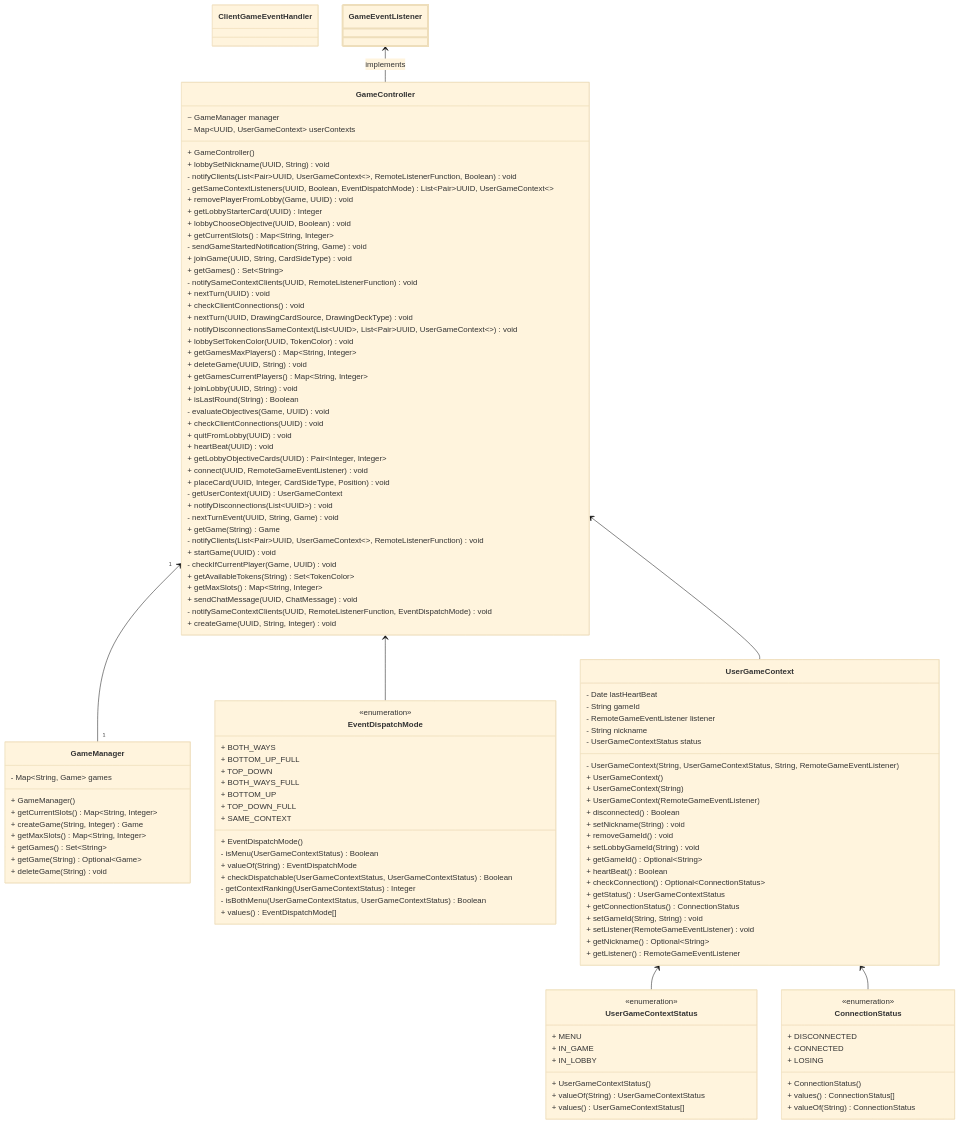
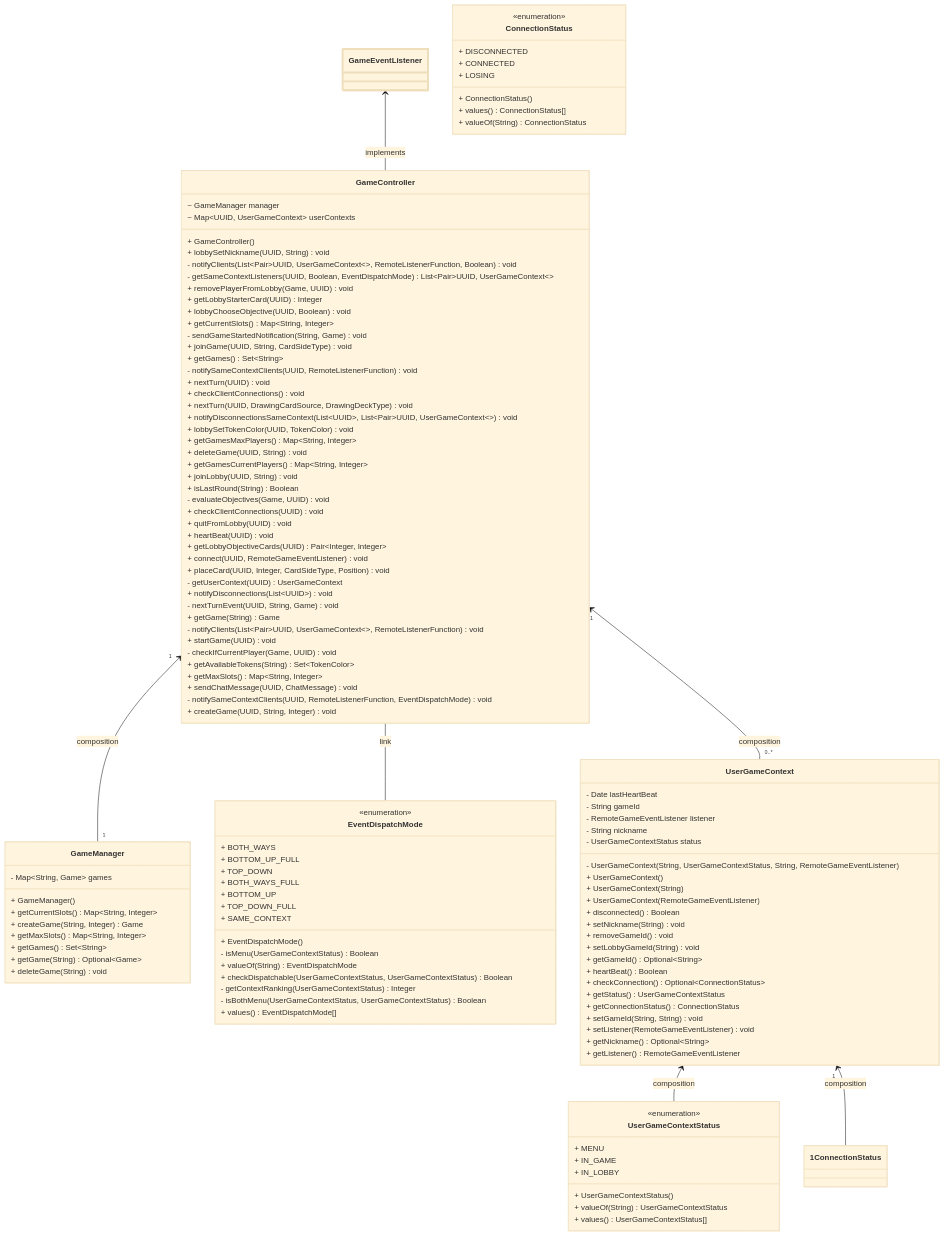
Before and after one commit to frephs/IS24-AM21: the diagram in documentation_wip/uml class diagrams final/uml_game_controller.md, drawn with Mermaid (base theme). The commit also changed 1 other file, not shown here.

Commit message:
fix: minor fixes

````diff
--- a/documentation_wip/uml class diagrams final/uml_game_controller.md
+++ b/documentation_wip/uml class diagrams final/uml_game_controller.md
@@ -53,7 +53,6 @@
   + createGame(UUID, String, Integer) void
 }
 
-class ClientGameEventHandler 
 
   GameEventListener  <--  GameController : implements
 style GameEventListener stroke:#ff,stroke-width:4px
@@ -135,9 +134,9 @@
   + values() ConnectionStatus[]
   + valueOf(String) ConnectionStatus
 }
-  GameController "1" <-- "1" GameManager
-  GameController <-- UserGameContext  
-  GameController <-- EventDispatchMode
-  UserGameContext <-- UserGameContextStatus
-  UserGameContext <-- ConnectionStatus  
+  GameController "1" <-- "1" GameManager : composition
+  GameController "1" <-- "0..*" UserGameContext : composition
+  GameController -- EventDispatchMode : link
+  UserGameContext <-- UserGameContextStatus : composition
+  UserGameContext "1" <-- 1 ConnectionStatus  : composition
  ```
````
